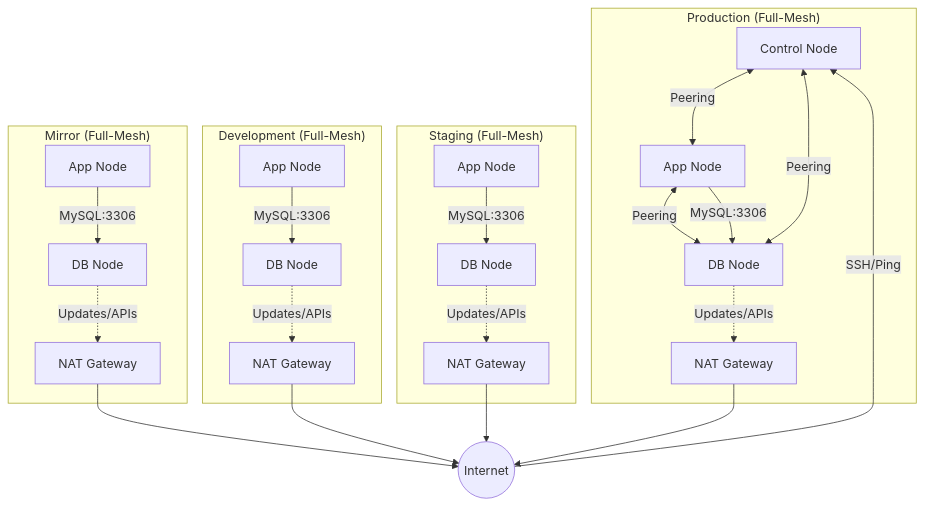
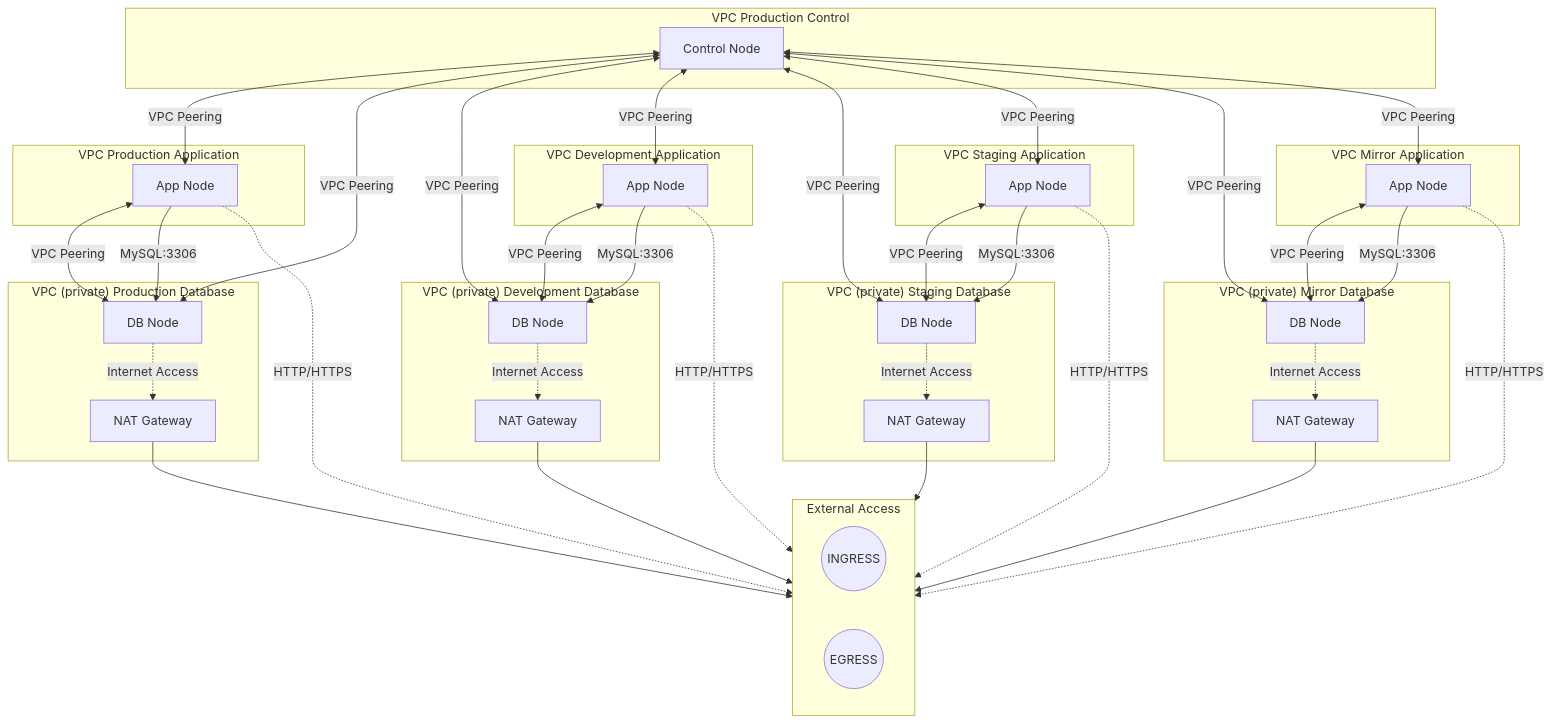
The diagram in PROJECT.md (ersaazis/project_terraform), drawn with Mermaid before and after one commit.

Commit message:
update chart

````diff
--- a/PROJECT.md
+++ b/PROJECT.md
@@ -9,43 +9,83 @@
 ```mermaid
-graph TD
-    subgraph "Production (Full-Mesh)"
+graph TB
+
+    %% ===== MAIN VPCs =====
+    subgraph "VPC Production Control"
         PC[Control Node]
+    end
+
+    subgraph "VPC Production Application"
         PA[App Node]
+    end
+
+    subgraph "VPC (private) Production Database"
         PD[DB Node]
         PNG[NAT Gateway]
     end
+    
+    subgraph "VPC Staging Application"
+        SA[App Node]
+    end
 
-    subgraph "Staging (Full-Mesh)"
-        SA[App Node]
+    subgraph "VPC (private) Staging Database"
         SD[DB Node]
         SNG[NAT Gateway]
     end
 
-    subgraph "Development (Full-Mesh)"
+    subgraph "VPC Development Application"
         DA[App Node]
+    end
+
+    subgraph "VPC (private) Development Database"
         DD[DB Node]
         DNG[NAT Gateway]
     end
     
-    subgraph "Mirror (Full-Mesh)"
+    subgraph "VPC Mirror Application"
         MA[App Node]
+    end
+
+    subgraph "VPC (private) Mirror Database"
         MD[DB Node]
         MNG[NAT Gateway]
     end
 
-    %% Full-Mesh Peering
-    PC <-->|Peering| PA
-    PC <-->|Peering| PD
-    PA <-->|Peering| PD
+    %% ===== FULL MESH PEERING =====
+    PC <-->|VPC Peering| PA
+    PC <-->|VPC Peering| PD
+    PA <-->|VPC Peering| PD
 
-    %% External Access
-    Internet((Internet)) -->|SSH/Ping| PC
-    PD -.->|Updates/APIs| PNG --> Internet
-    SD -.->|Updates/APIs| SNG --> Internet
-    DD -.->|Updates/APIs| DNG --> Internet
-    MD -.->|Updates/APIs| MNG --> Internet
+    PC <-->|VPC Peering| DD
+    PC <-->|VPC Peering| DA
+    DA <-->|VPC Peering| DD
 
-    %% Service Traffic
+    PC <-->|VPC Peering| SD
+    PC <-->|VPC Peering| SA
+    SA <-->|VPC Peering| SD
+
+    PC <-->|VPC Peering| MD
+    PC <-->|VPC Peering| MA
+    MA <-->|VPC Peering| MD
+
+    %% ===== BOTTOM LAYER (FOR POSITIONING) =====
+    subgraph "External Access"
+        direction LR
+        INGRESS((INGRESS))
+        EGRESS((EGRESS))
+    end
+
+    %% ===== TRAFFIC =====
+    PA -.->|HTTP/HTTPS| INGRESS
+    SA -.->|HTTP/HTTPS| INGRESS
+    DA -.->|HTTP/HTTPS| INGRESS
+    MA -.->|HTTP/HTTPS| INGRESS
+
+    PD -.->|Internet Access| PNG --> EGRESS
+    SD -.->|Internet Access| SNG --> EGRESS
+    DD -.->|Internet Access| DNG --> EGRESS
+    MD -.->|Internet Access| MNG --> EGRESS
+
+    %% ===== SERVICE =====
     PA -->|MySQL:3306| PD
     SA -->|MySQL:3306| SD
     DA -->|MySQL:3306| DD
````
